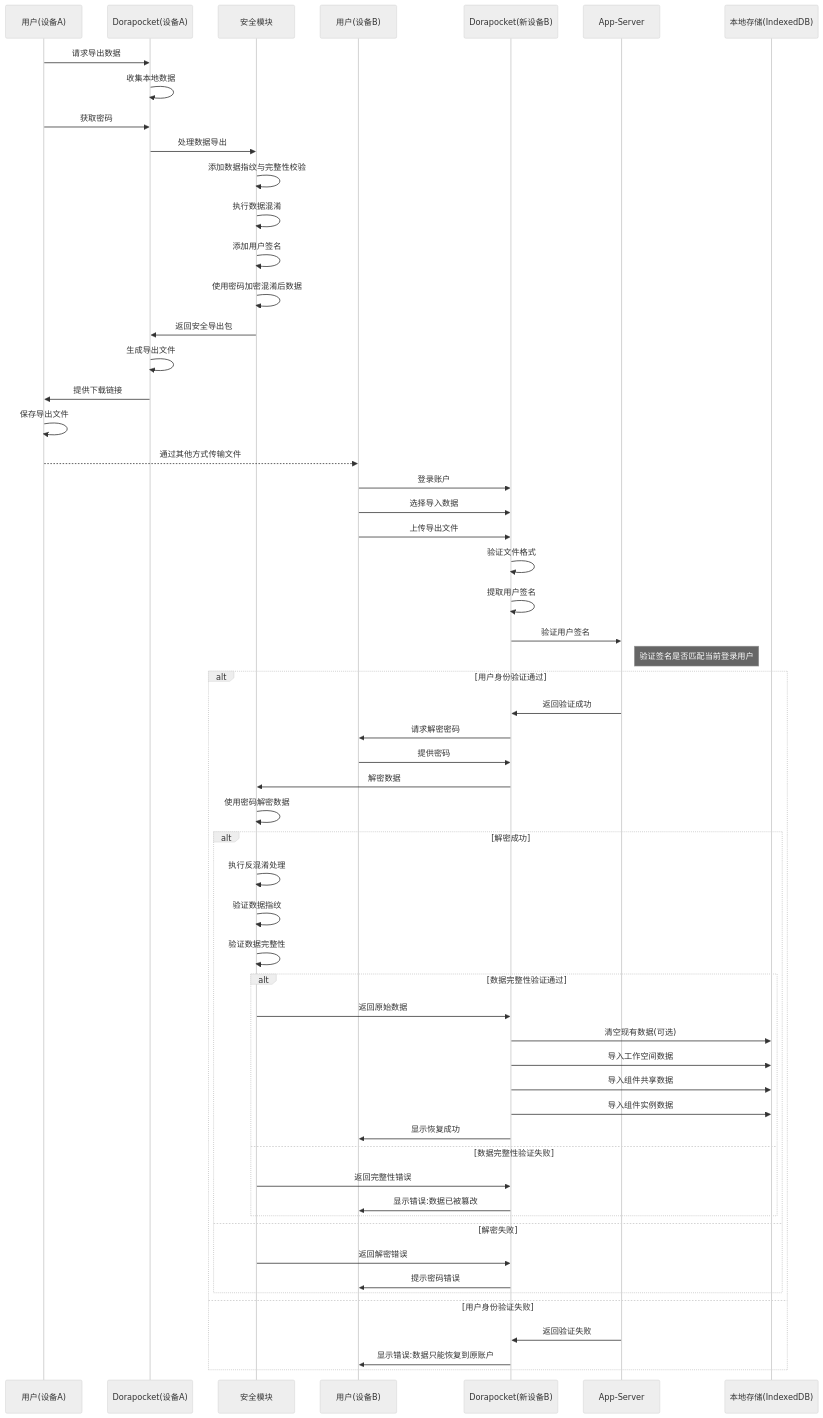
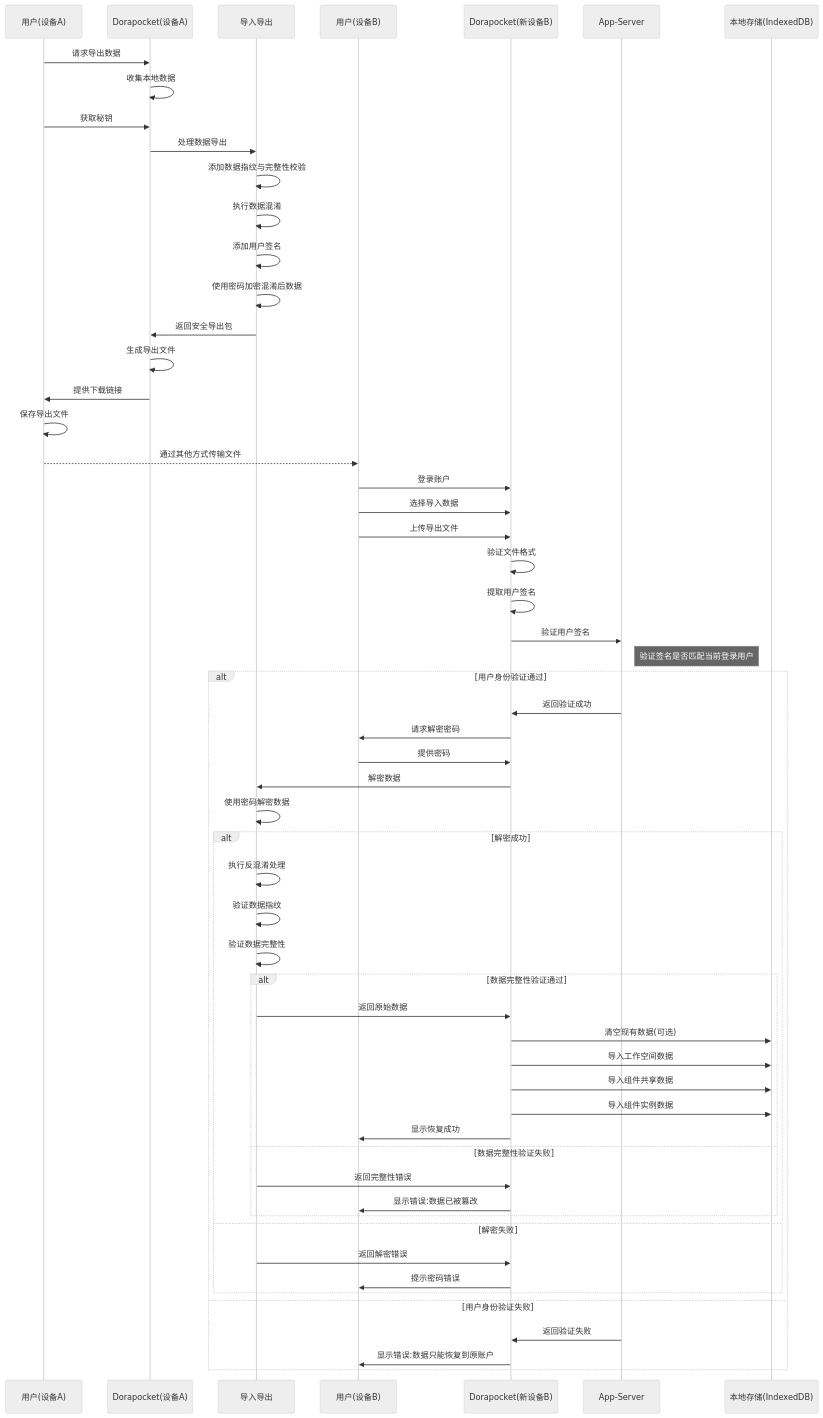
The diagram in all/未命名-34.md (yingjianzh/iodraw-files), drawn with Mermaid (neutral theme) before and after one commit.

Commit message:
2025-04-17 16:48:02 update

````diff
--- a/all/未命名-34.md
+++ b/all/未命名-34.md
@@ -1,73 +1,73 @@
 ```mermaid
 sequenceDiagram
     participant UserOld as 用户(设备A)
     participant AppOld as Dorapocket(设备A)
-    participant Security as 安全模块
+    participant Security as 导入导出
     participant UserNew as 用户(设备B)
     participant AppNew as Dorapocket(新设备B)
     participant AppServer as App-Server
     participant LocalDB as 本地存储(IndexedDB)
     
     %% 导出流程
     UserOld->>AppOld: 请求导出数据
     AppOld->>AppOld: 收集本地数据
-    UserOld->>AppOld: 获取密码
+    UserOld->>AppOld: 获取秘钥
     
     AppOld->>Security: 处理数据导出
     Security->>Security: 添加数据指纹与完整性校验
     Security->>Security: 执行数据混淆
     Security->>Security: 添加用户签名
     Security->>Security: 使用密码加密混淆后数据
     Security->>AppOld: 返回安全导出包
     
     AppOld->>AppOld: 生成导出文件
     AppOld->>UserOld: 提供下载链接
     UserOld->>UserOld: 保存导出文件
     
     %% 传输文件(由用户完成)
     UserOld-->>UserNew: 通过其他方式传输文件
     
     %% 恢复流程
     UserNew->>AppNew: 登录账户
     UserNew->>AppNew: 选择导入数据
     UserNew->>AppNew: 上传导出文件
     
     AppNew->>AppNew: 验证文件格式
     AppNew->>AppNew: 提取用户签名
     
     AppNew->>AppServer: 验证用户签名
     note right of AppServer: 验证签名是否匹配当前登录用户
     
     alt 用户身份验证通过
         AppServer->>AppNew: 返回验证成功
         AppNew->>UserNew: 请求解密密码
         UserNew->>AppNew: 提供密码
         
         AppNew->>Security: 解密数据
         Security->>Security: 使用密码解密数据
         
         alt 解密成功
             Security->>Security: 执行反混淆处理
             Security->>Security: 验证数据指纹
             Security->>Security: 验证数据完整性
             
             alt 数据完整性验证通过
                 Security->>AppNew: 返回原始数据
                 AppNew->>LocalDB: 清空现有数据(可选)
                 AppNew->>LocalDB: 导入工作空间数据
                 AppNew->>LocalDB: 导入组件共享数据
                 AppNew->>LocalDB: 导入组件实例数据
                 AppNew->>UserNew: 显示恢复成功
             else 数据完整性验证失败
                 Security->>AppNew: 返回完整性错误
                 AppNew->>UserNew: 显示错误:数据已被篡改
             end
         else 解密失败
             Security->>AppNew: 返回解密错误
             AppNew->>UserNew: 提示密码错误
         end
     else 用户身份验证失败
         AppServer->>AppNew: 返回验证失败
         AppNew->>UserNew: 显示错误:数据只能恢复到原账户
     end
 ```
````
